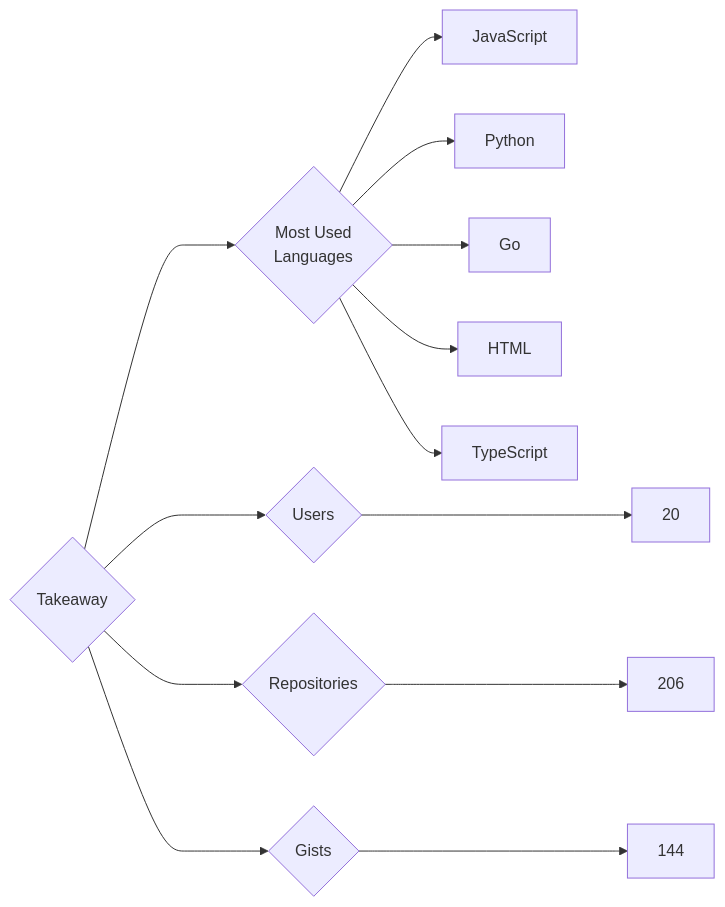
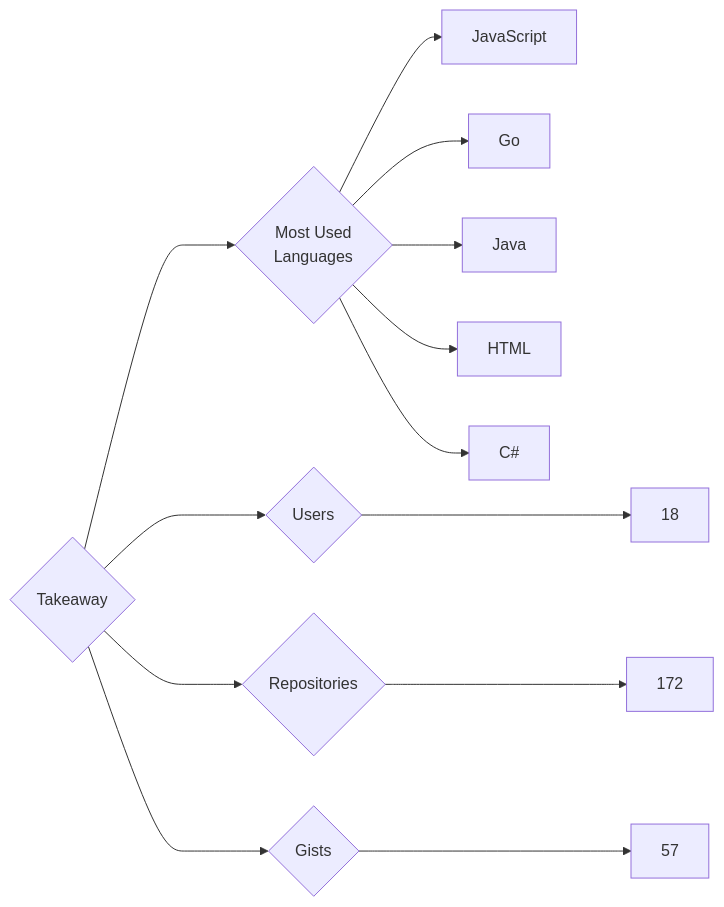
One commit to trickest/insiders changed the diagram in targets/Takeaway/README.md. Above: the diagram before and after it, drawn with Mermaid. The commit also changed 955 other files, not shown here.

````diff
--- a/targets/Takeaway/README.md
+++ b/targets/Takeaway/README.md
@@ -3,13 +3,13 @@
 ```mermaid
 graph LR
 COMPANY_NAME{Takeaway}
-COMPANY_NAME ---> U{Users} ---> UN[20]
-COMPANY_NAME ---> R{Repositories} ---> RN[206]
-COMPANY_NAME ---> G{Gists} ---> GN[144]
+COMPANY_NAME ---> U{Users} ---> UN[18]
+COMPANY_NAME ---> R{Repositories} ---> RN[172]
+COMPANY_NAME ---> G{Gists} ---> GN[57]
 COMPANY_NAME ---> ML{Most Used<br>Languages}
 ML --> JavaScript[JavaScript]
-ML --> Python[Python]
 ML --> Go[Go]
+ML --> Java[Java]
 ML --> HTML[HTML]
-ML --> TypeScript[TypeScript]
+ML --> C#[C#]
 ```
````
